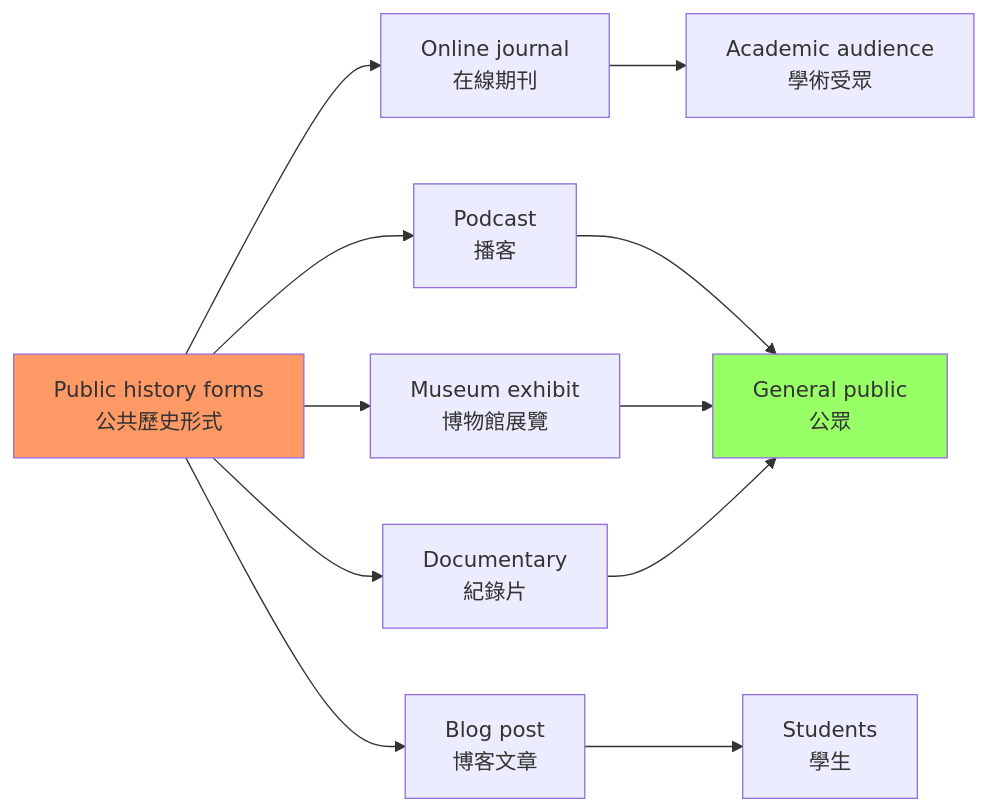
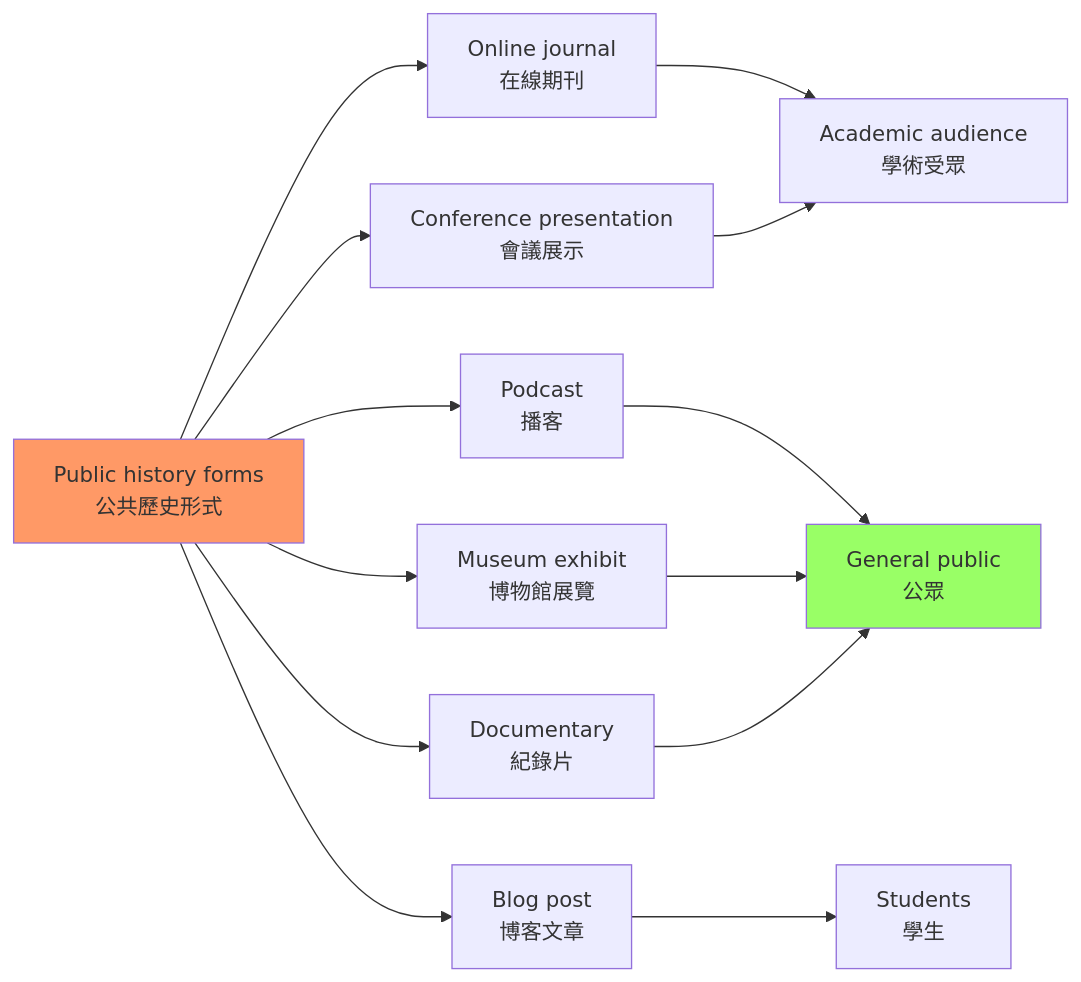
Before and after one commit to yip-lgtm/HKU-Harvard-History-Self-Study: the fifth of 6 diagrams in 01_HKU_Courses/HIST4028_History_Without_Borders.md, drawn with Mermaid. The commit also changed other lines of this file and 22 other files, not shown here.

````diff
--- a/01_HKU_Courses/HIST4028_History_Without_Borders.md
+++ b/01_HKU_Courses/HIST4028_History_Without_Borders.md
@@ -171,17 +285,19 @@
 ```mermaid
 graph LR
     A[Public history forms<br/>公共歷史形式] --> B[Online journal<br/>在線期刊]
     A --> C[Podcast<br/>播客]
     A --> D[Museum exhibit<br/>博物館展覽]
     A --> E[Documentary<br/>紀錄片]
     A --> F[Blog post<br/>博客文章]
+    A --> G[Conference presentation<br/>會議展示]
     
-    B --> G[Academic audience<br/>學術受眾]
-    C --> H[General public<br/>公眾]
-    D --> H
-    E --> H
-    F --> I[Students<br/>學生]
+    B --> G1[Academic audience<br/>學術受眾]
+    C --> G2[General public<br/>公眾]
+    D --> G2
+    E --> G2
+    F --> G3[Students<br/>學生]
+    G --> G1
     
     style A fill:#f96
-    style H fill:#9f6
+    style G2 fill:#9f6
 ```
````
